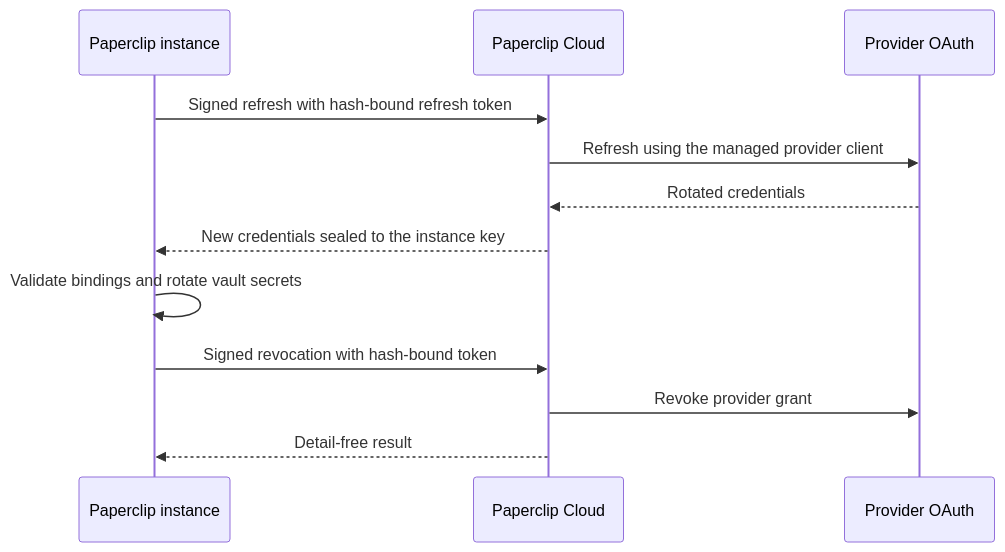
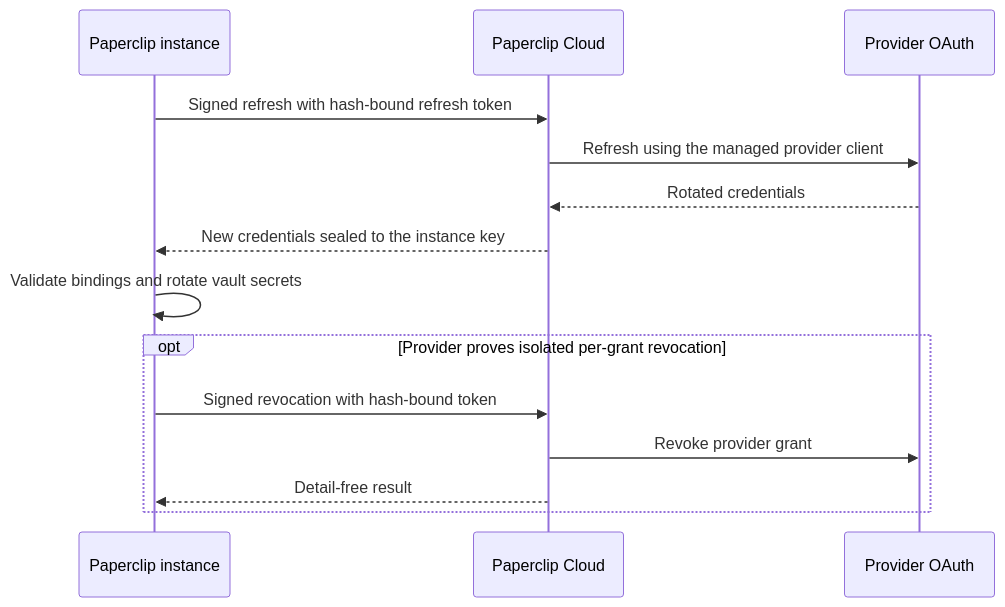
Before and after one commit to inxbit/paperclip: the third of 3 diagrams in doc/plans/2026-08-26-self-serve-mcp-connections.md, drawn with Mermaid. The commit also changed other lines of this file and 6 other files, not shown here.

````diff
--- a/doc/plans/2026-08-26-self-serve-mcp-connections.md
+++ b/doc/plans/2026-08-26-self-serve-mcp-connections.md
@@ -271,15 +272,17 @@
 ```mermaid
 sequenceDiagram
     participant P as Paperclip instance
     participant C as Paperclip Cloud
     participant O as Provider OAuth
 
     P->>C: Signed refresh with hash-bound refresh token
     C->>O: Refresh using the managed provider client
     O-->>C: Rotated credentials
     C-->>P: New credentials sealed to the instance key
     P->>P: Validate bindings and rotate vault secrets
-    P->>C: Signed revocation with hash-bound token
-    C->>O: Revoke provider grant
-    C-->>P: Detail-free result
+    opt Provider proves isolated per-grant revocation
+        P->>C: Signed revocation with hash-bound token
+        C->>O: Revoke provider grant
+        C-->>P: Detail-free result
+    end
 ```
````
